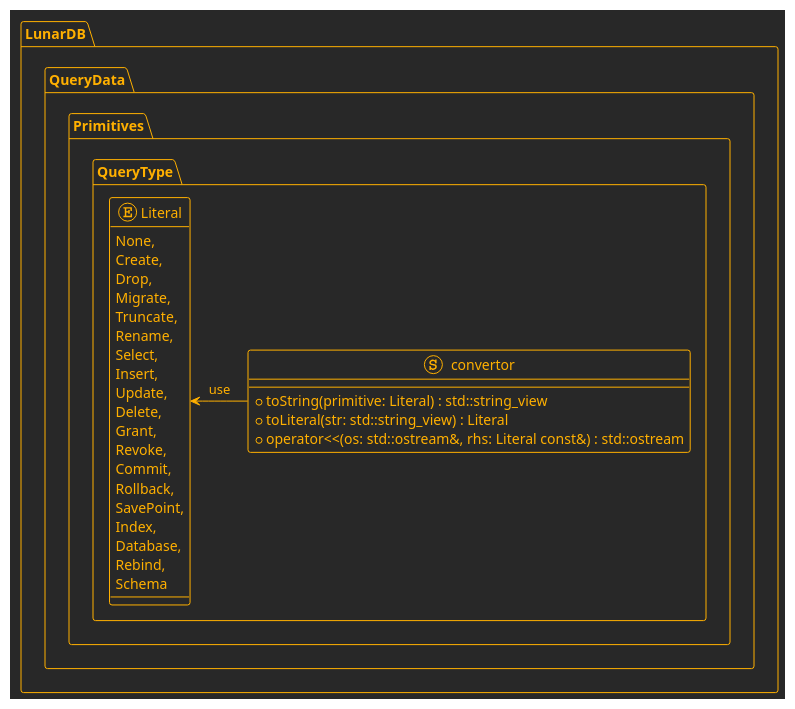
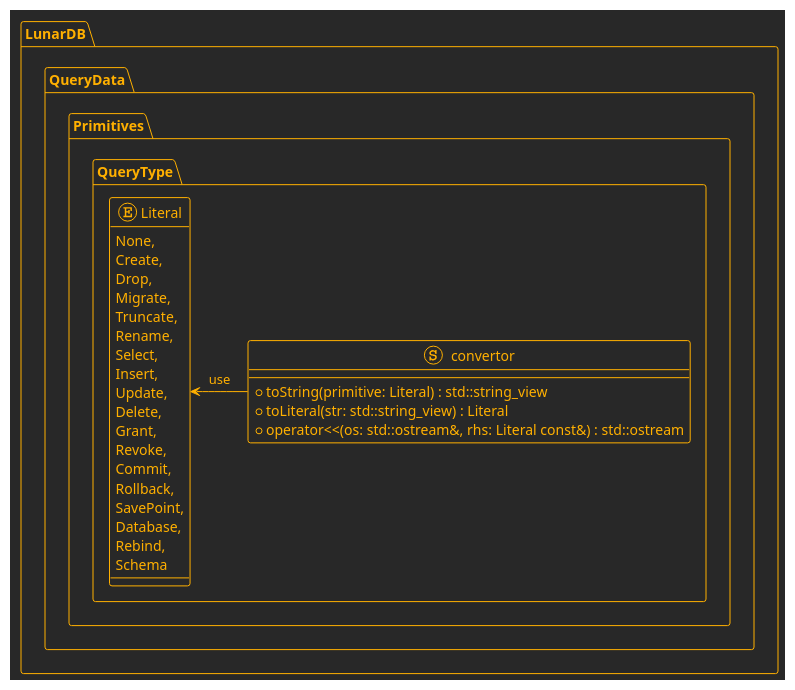
The diagram in docs/moonlight/Primitives/QueryType.puml (TheAncientOwl/lunardb), drawn with PlantUML before and after one commit. The commit also changed 27 other files, not shown here.

```diff
--- a/docs/moonlight/Primitives/QueryType.puml
+++ b/docs/moonlight/Primitives/QueryType.puml
@@ -1,41 +1,40 @@
 @startuml QueryType
 !theme crt-amber
 
 namespace LunarDB.QueryData.Primitives {
 
 namespace QueryType {
 
 enum Literal {
     None,
     Create,
     Drop,
     Migrate,
     Truncate,
     Rename,
     Select,
     Insert,
     Update,
     Delete,
     Grant,
     Revoke,
     Commit,
     Rollback,
     SavePoint,
-    Index,
     Database,
     Rebind,
     Schema
 }
 
 stereotype convertor {
     + toString(primitive: Literal) : std::string_view
     + toLiteral(str: std::string_view) : Literal
     + operator<<(os: std::ostream&, rhs: Literal const&) : std::ostream
 }
 
 Literal <- convertor : use
 
 }
 
 }
 @enduml
```
